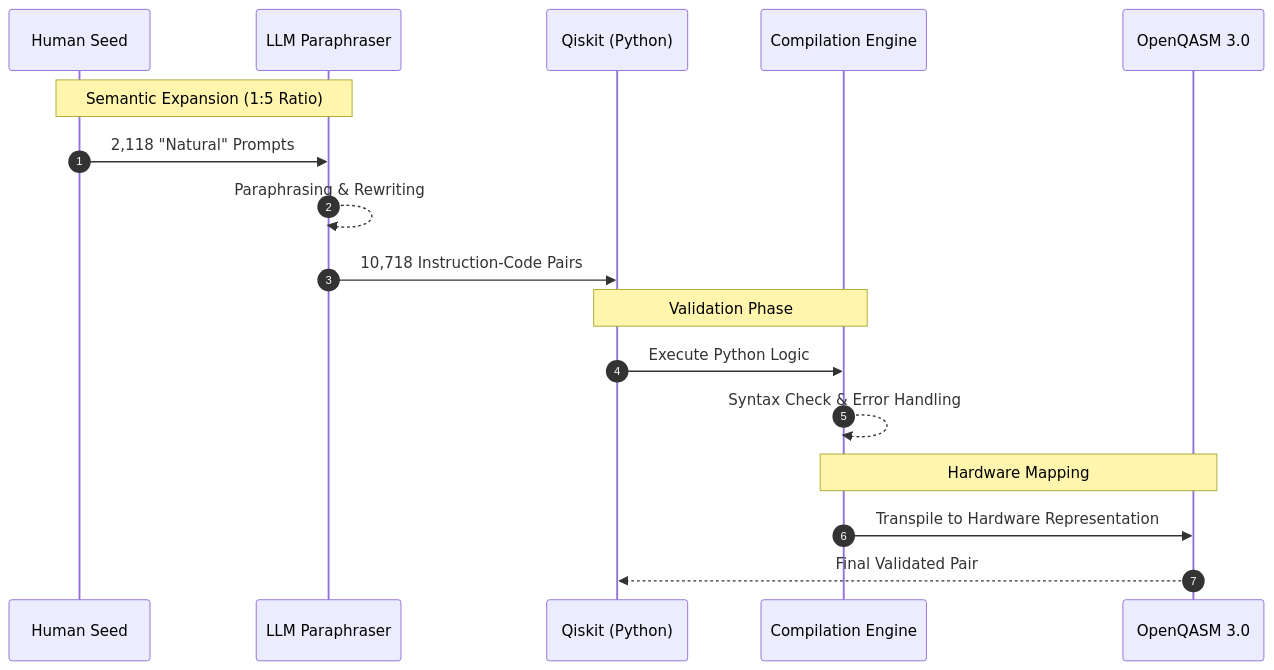
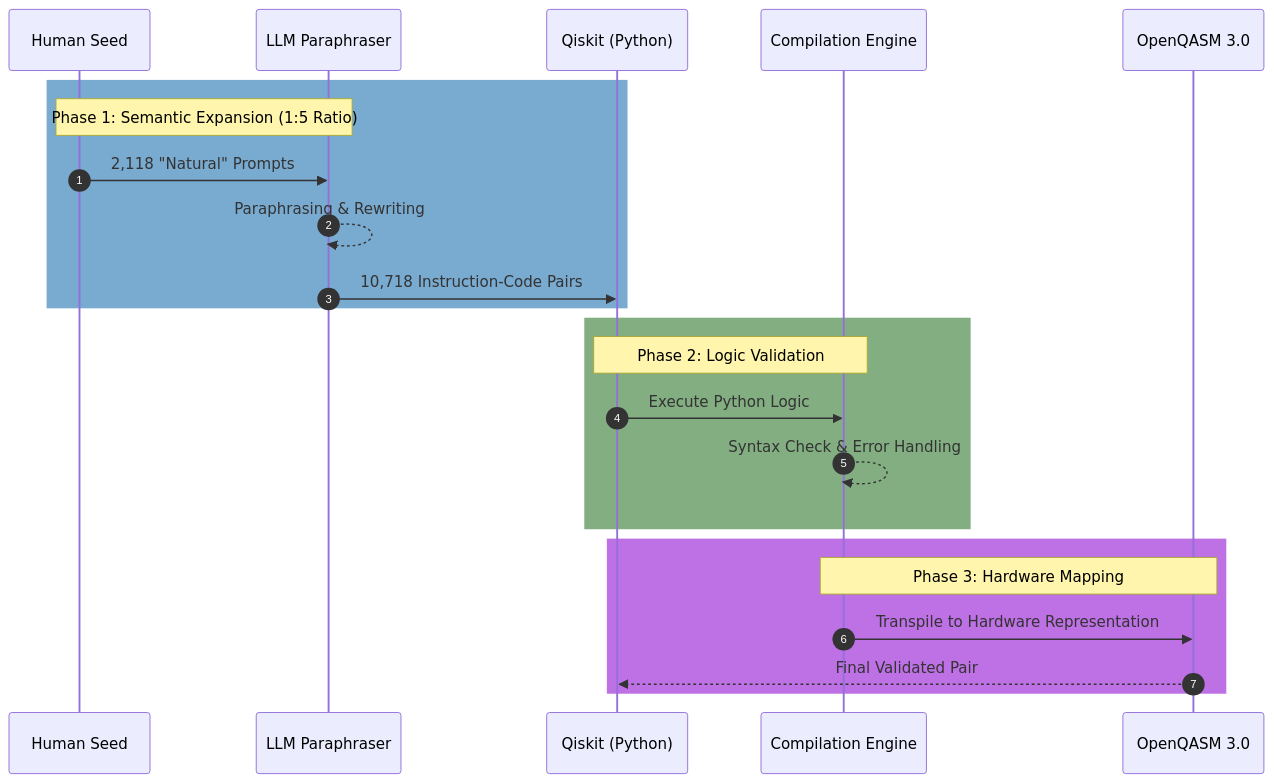
Before and after one commit to Elias-Abebe-Gasparini/PQID-Dataset: the second of 3 diagrams in README.md, drawn with Mermaid. The commit also changed 1 other file, not shown here.

Commit message:
Docs: Add color-coded sequence diagram for data lifecycle

````diff
--- a/README.md
+++ b/README.md
@@ -113,22 +113,28 @@
 ```mermaid
 sequenceDiagram
     autonumber
     participant H as Human Seed
     participant LLM as LLM Paraphraser
     participant QK as Qiskit (Python)
     participant VAL as Compilation Engine
     participant Q3 as OpenQASM 3.0
 
-    Note over H,LLM: Semantic Expansion (1:5 Ratio)
+    rect rgb(121, 170, 208)
+    Note over H,LLM: Phase 1: Semantic Expansion (1:5 Ratio)
     H->>LLM: 2,118 "Natural" Prompts
     LLM-->>LLM: Paraphrasing & Rewriting
     LLM->>QK: 10,718 Instruction-Code Pairs
+    end
 
-    Note over QK,VAL: Validation Phase
+    rect rgb(130, 174, 130)
+    Note over QK,VAL: Phase 2: Logic Validation
     QK->>VAL: Execute Python Logic
     VAL-->>VAL: Syntax Check & Error Handling
+    end
     
-    Note over VAL,Q3: Hardware Mapping
+    rect rgb(190, 112, 229)
+    Note over VAL,Q3: Phase 3: Hardware Mapping
     VAL->>Q3: Transpile to Hardware Representation
     Q3-->>QK: Final Validated Pair
+    end
 ```
````
